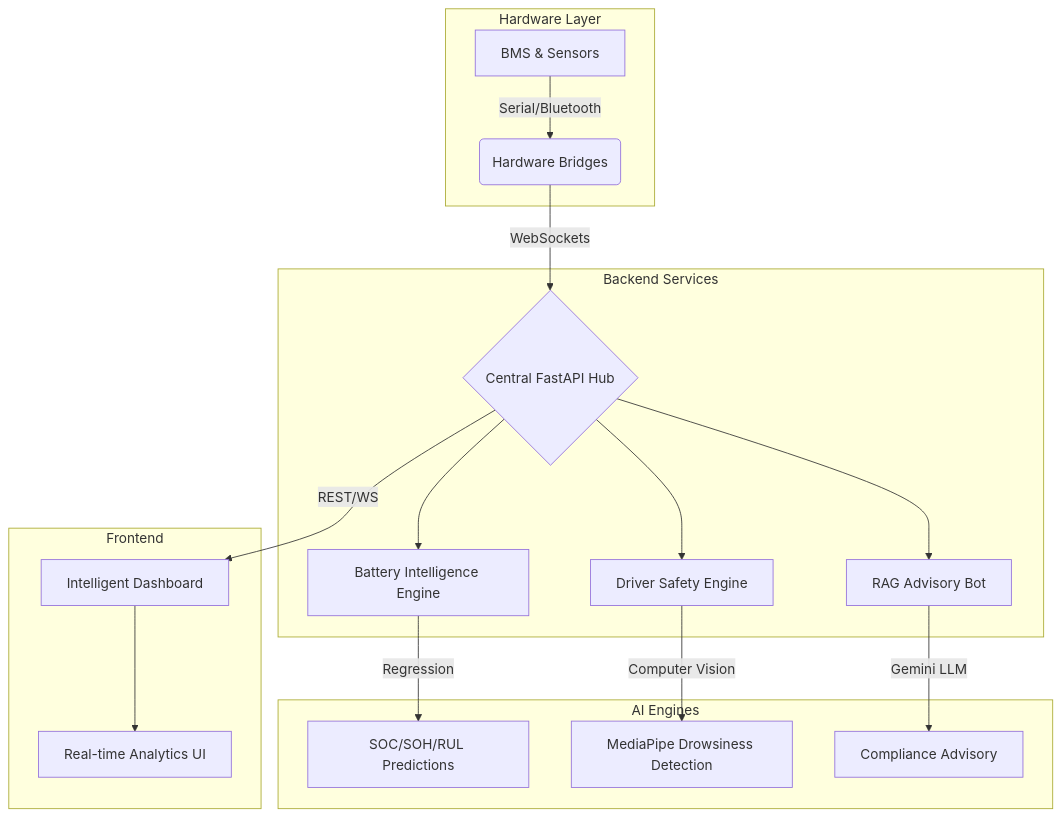
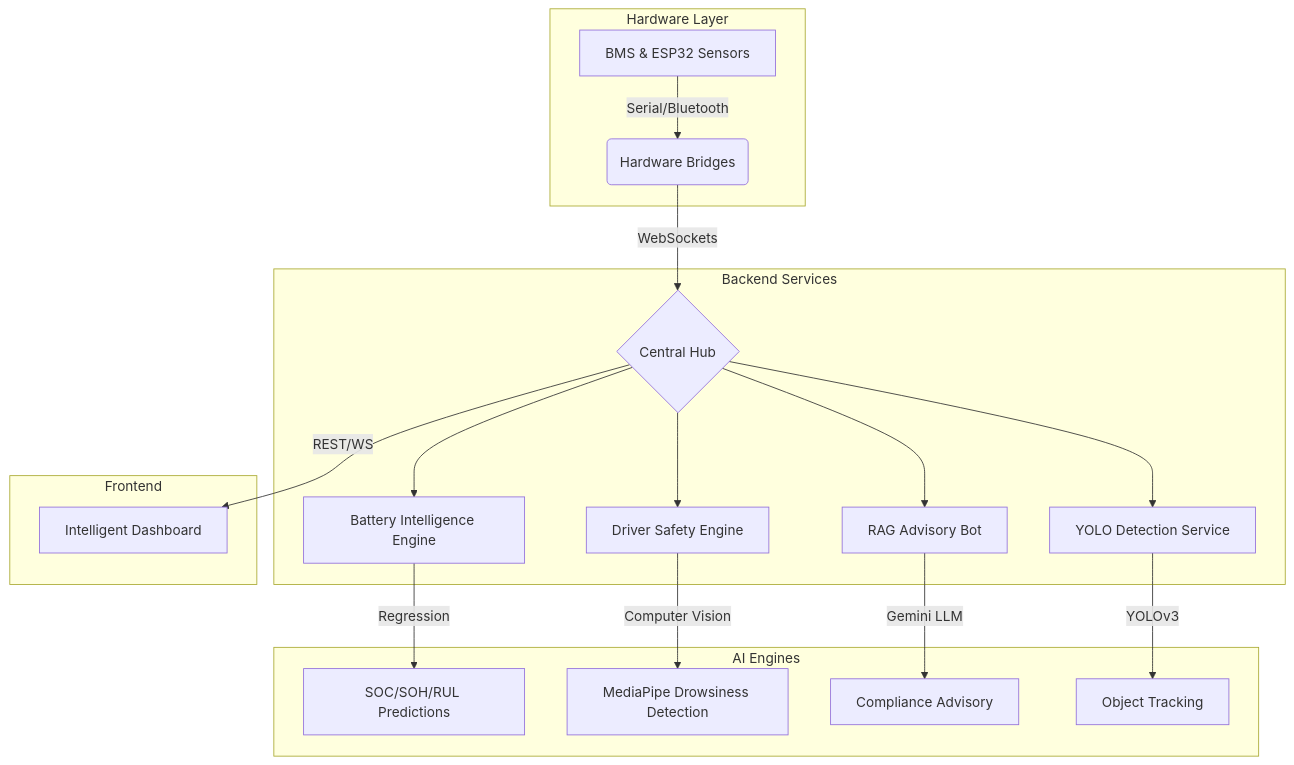
The diagram in README.md (ashwin8332/EV-Bharat), drawn with Mermaid before and after one commit. The commit also changed other lines of this file, not shown here.

````diff
--- a/README.md
+++ b/README.md
@@ -16,24 +14,25 @@
 ```mermaid
 graph TD
     subgraph Hardware Layer
-        A[BMS & Sensors] -->|Serial/Bluetooth| B(Hardware Bridges)
+        A[BMS & ESP32 Sensors] -->|Serial/Bluetooth| B(Hardware Bridges)
     end
 
     subgraph Backend Services
-        B -->|WebSockets| C{Central FastAPI Hub}
+        B -->|WebSockets| C{Central Hub}
         C --> D[Battery Intelligence Engine]
         C --> E[Driver Safety Engine]
         C --> F[RAG Advisory Bot]
+        C --> G[YOLO Detection Service]
     end
 
     subgraph AI Engines
-        D -->|Regression| G[SOC/SOH/RUL Predictions]
-        E -->|Computer Vision| H[MediaPipe Drowsiness Detection]
-        F -->|Gemini LLM| I[Compliance Advisory]
+        D -->|Regression| H[SOC/SOH/RUL Predictions]
+        E -->|Computer Vision| I[MediaPipe Drowsiness Detection]
+        F -->|Gemini LLM| J[Compliance Advisory]
+        G -->|YOLOv3| K[Object Tracking]
     end
 
     subgraph Frontend
-        C -->|REST/WS| J[Intelligent Dashboard]
-        J --> K[Real-time Analytics UI]
+        C -->|REST/WS| L[Intelligent Dashboard]
     end
 ```
````
